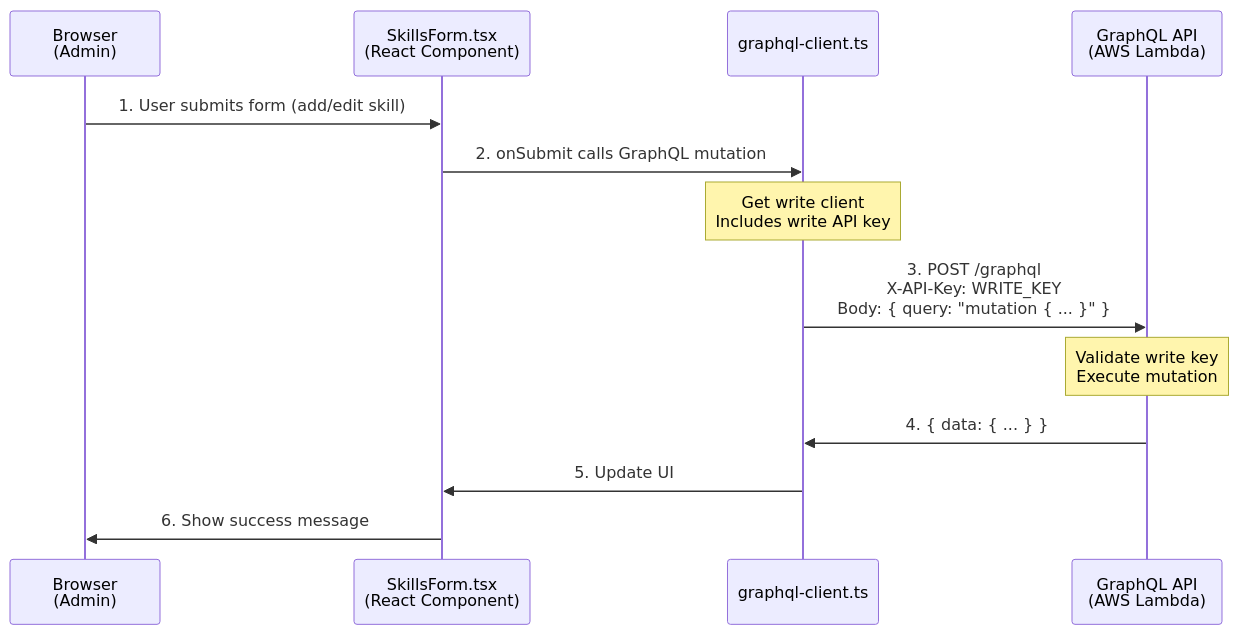
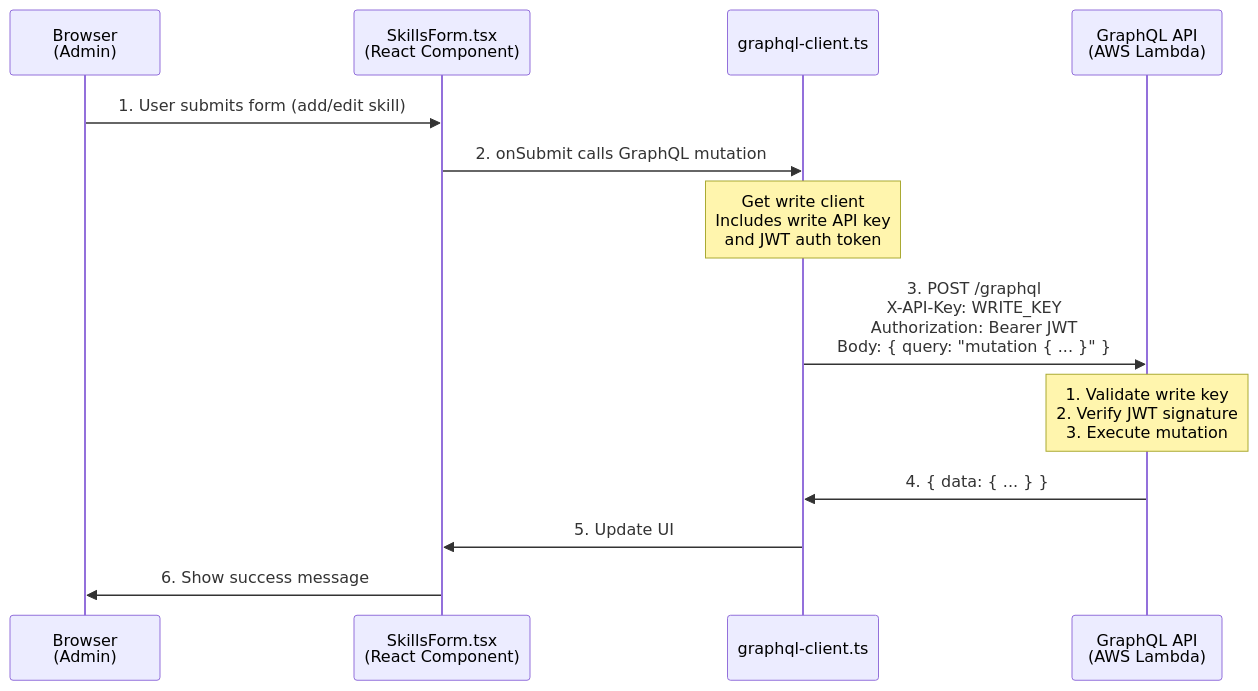
One commit to roadlittledawn/portfolio-site changed the sixth of 6 diagrams in docs/auth-flow-diagram.md. Above: the diagram before and after it, drawn with Mermaid. The commit also changed other lines of this file and 1 other file, not shown here.

First line of the commit message:
Add docs for JWT second-factor auth on mutations

````diff
--- a/docs/auth-flow-diagram.md
+++ b/docs/auth-flow-diagram.md
@@ -164,20 +164,20 @@
 ```mermaid
 sequenceDiagram
     participant Browser as Browser<br/>(Admin)
     participant Form as SkillsForm.tsx<br/>(React Component)
     participant Client as graphql-client.ts
     participant API as GraphQL API<br/>(AWS Lambda)
-    
+
     Browser->>Form: 1. User submits form (add/edit skill)
     Form->>Client: 2. onSubmit calls GraphQL mutation
-    
-    Note over Client: Get write client<br/>Includes write API key
-    
-    Client->>API: 3. POST /graphql<br/>X-API-Key: WRITE_KEY<br/>Body: { query: "mutation { ... }" }
-    
-    Note over API: Validate write key<br/>Execute mutation
-    
+
+    Note over Client: Get write client<br/>Includes write API key<br/>and JWT auth token
+
+    Client->>API: 3. POST /graphql<br/>X-API-Key: WRITE_KEY<br/>Authorization: Bearer JWT<br/>Body: { query: "mutation { ... }" }
+
+    Note over API: 1. Validate write key<br/>2. Verify JWT signature<br/>3. Execute mutation
+
     API->>Client: 4. { data: { ... } }
     Client->>Form: 5. Update UI
     Form->>Browser: 6. Show success message
 ```
````
